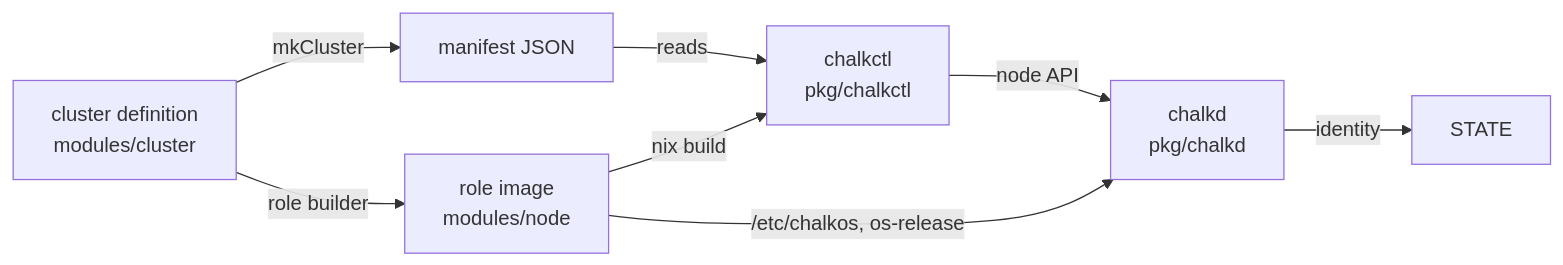
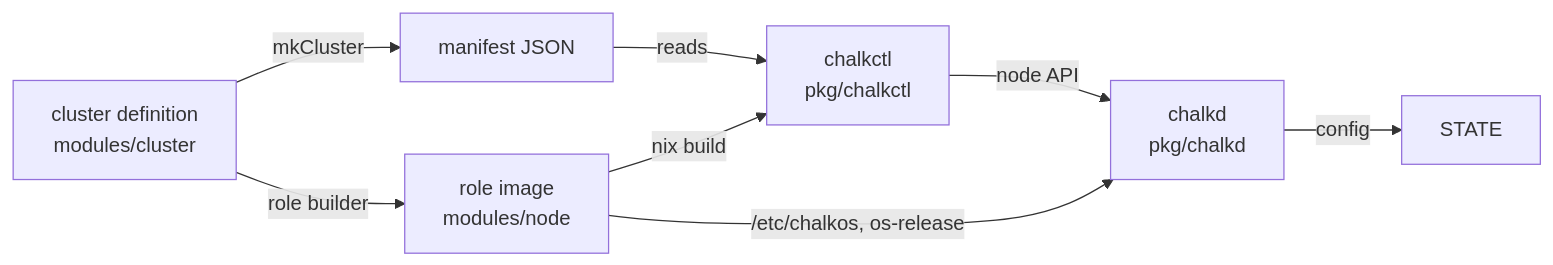
Before and after one commit to trevex/chalkos: the diagram in docs/contributing/architecture.md, drawn with Mermaid. The commit also changed other lines of this file and 23 other files, not shown here.

````diff
--- a/docs/contributing/architecture.md
+++ b/docs/contributing/architecture.md
@@ -31,10 +38,10 @@
 ```mermaid
 flowchart LR
     def["cluster definition<br/>modules/cluster"] -->|mkCluster| manifest["manifest JSON"]
     def -->|role builder| image["role image<br/>modules/node"]
     manifest -->|reads| chalkctl["chalkctl<br/>pkg/chalkctl"]
     image -->|nix build| chalkctl
     chalkctl -->|node API| chalkd["chalkd<br/>pkg/chalkd"]
     image -->|/etc/chalkos, os-release| chalkd
-    chalkd -->|identity| state["STATE"]
+    chalkd -->|config| state["STATE"]
 ```
````
